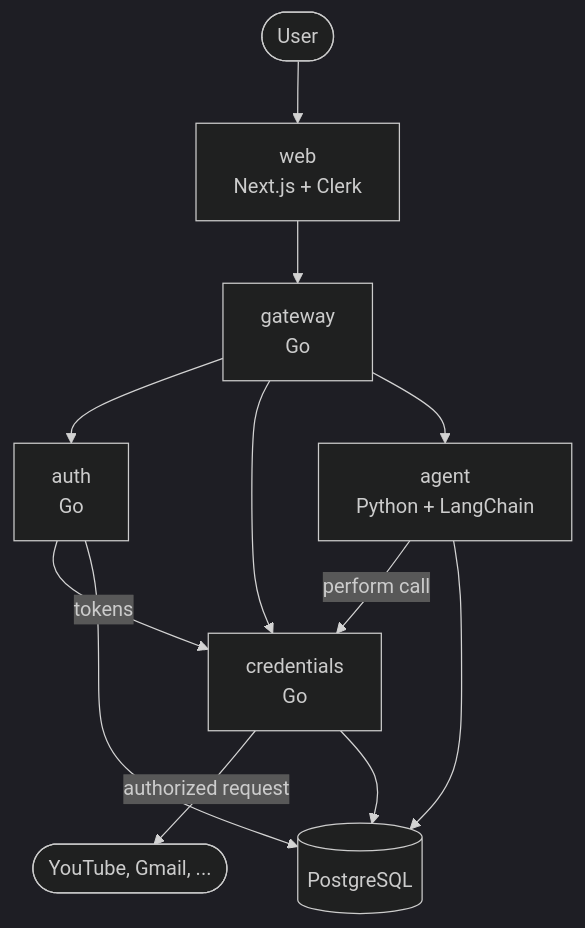
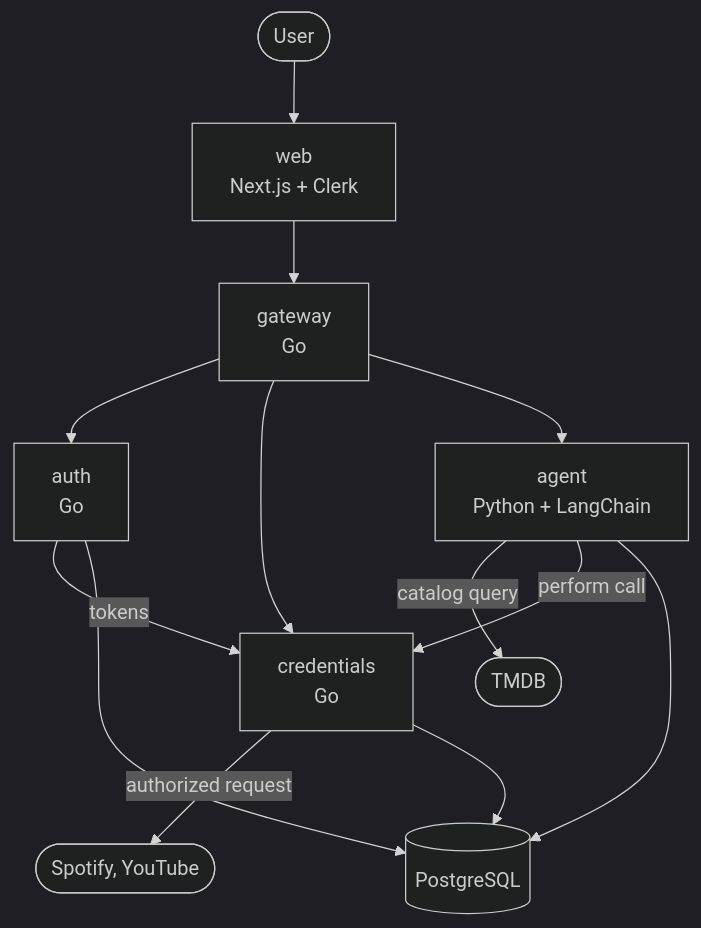
Before and after one commit to Skye967/holster: the diagram in ARCHITECTURE.md, drawn with Mermaid (dark theme). The commit also changed other lines of this file and 3 other files, not shown here.

````diff
--- a/ARCHITECTURE.md
+++ b/ARCHITECTURE.md
@@ -5,14 +5,15 @@
 ```mermaid
 flowchart TD
     U([User]) --> W["web<br/>Next.js + Clerk"]
     W --> G["gateway<br/>Go"]
     G --> A["auth<br/>Go"]
     G --> C["credentials<br/>Go"]
     G --> AG["agent<br/>Python + LangChain"]
+    AG -->|"catalog query"| TMDB([TMDB])
     AG -->|"perform call"| C
-    C -->|"authorized request"| EXT([YouTube, Gmail, ...])
+    C -->|"authorized request"| EXT([Spotify, YouTube])
     A -->|"tokens"| C
     A --> DB[("PostgreSQL")]
     C --> DB
     AG --> DB
 ```
````
